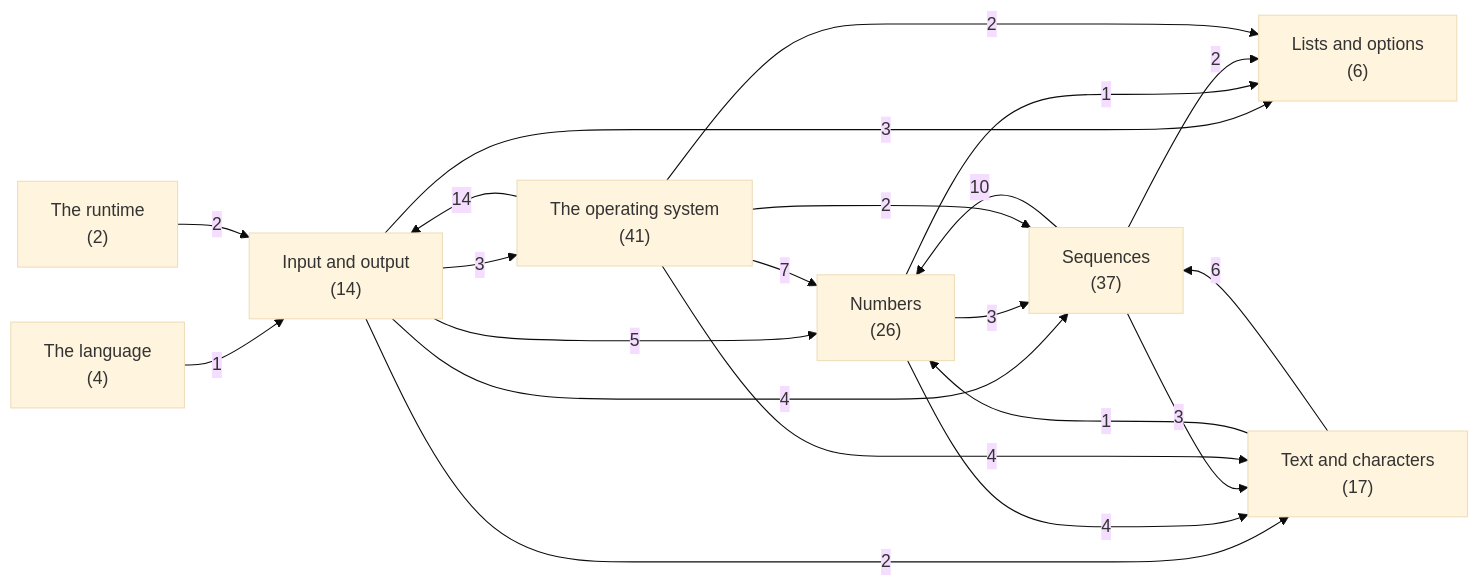
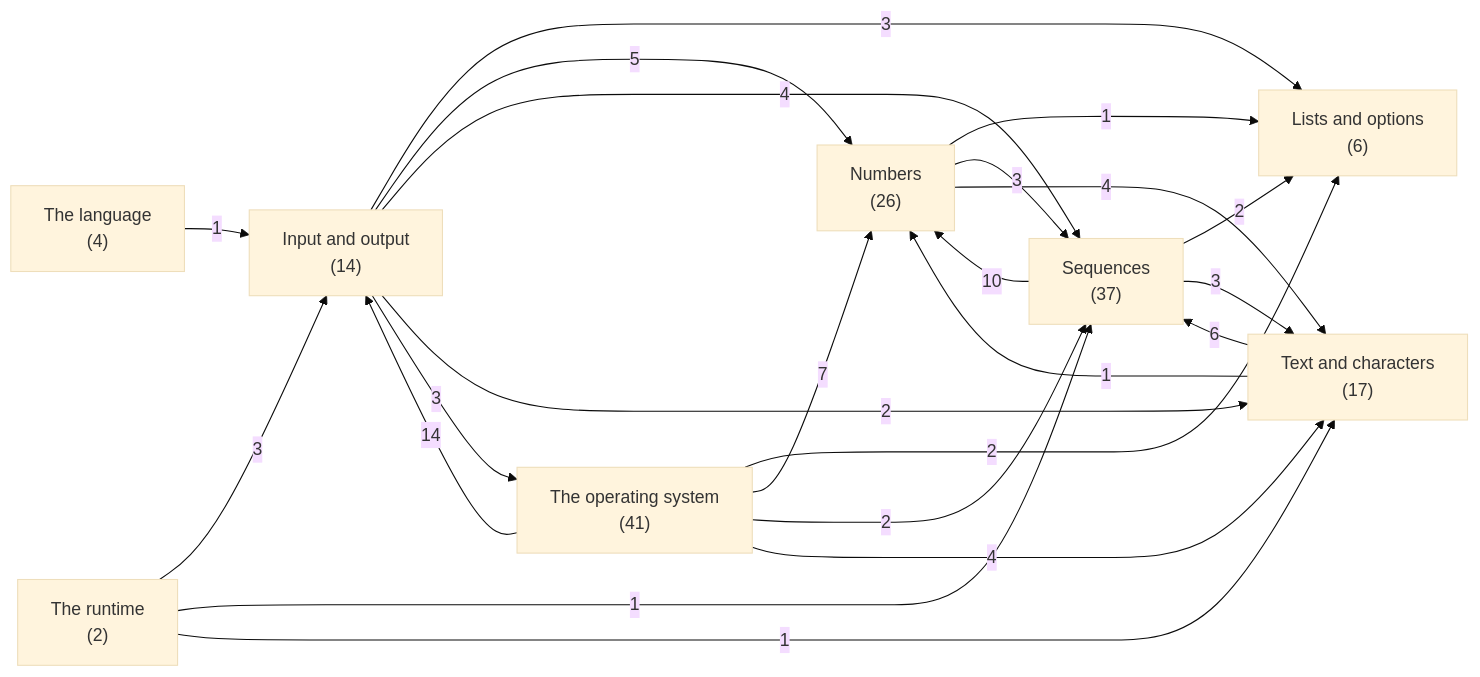
Before and after one commit to ruudkoot/rune: the first of 9 diagrams in docs/generated/basis/depends.md, drawn with Mermaid (base theme). The commit also changed other lines of this file and 54 other files, not shown here.

````diff
--- a/docs/generated/basis/depends.md
+++ b/docs/generated/basis/depends.md
@@ -24,31 +24,33 @@
 ```mermaid
 flowchart LR
   a0["The language<br>(4)"]
   a1["Text and characters<br>(17)"]
   a2["Lists and options<br>(6)"]
   a3["Numbers<br>(26)"]
   a4["Sequences<br>(37)"]
   a5["The operating system<br>(41)"]
   a6["Input and output<br>(14)"]
   a7["The runtime<br>(2)"]
   a6 -- 3 --> a2
   a6 -- 5 --> a3
   a6 -- 4 --> a4
   a6 -- 2 --> a1
   a6 -- 3 --> a5
   a3 -- 1 --> a2
   a3 -- 3 --> a4
   a3 -- 4 --> a1
   a4 -- 2 --> a2
   a4 -- 10 --> a3
   a4 -- 3 --> a1
   a1 -- 1 --> a3
   a1 -- 6 --> a4
   a0 -- 1 --> a6
   a5 -- 14 --> a6
   a5 -- 2 --> a2
   a5 -- 7 --> a3
   a5 -- 2 --> a4
   a5 -- 4 --> a1
-  a7 -- 2 --> a6
+  a7 -- 3 --> a6
+  a7 -- 1 --> a4
+  a7 -- 1 --> a1
 ```
````
